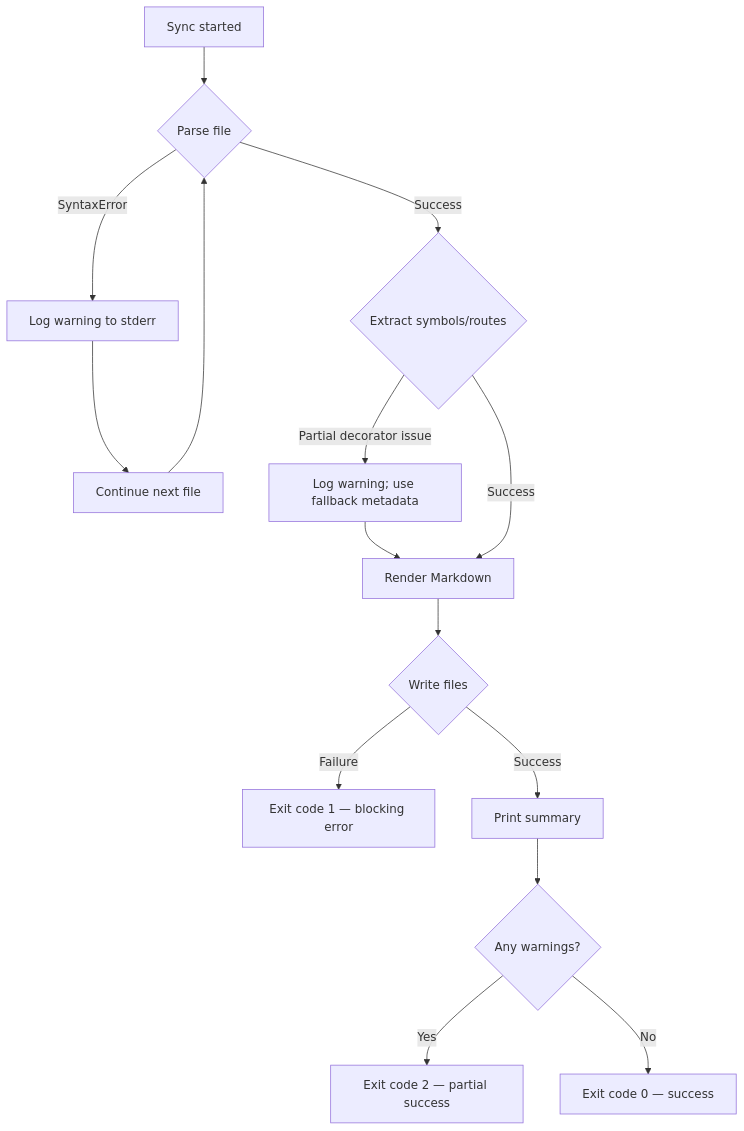
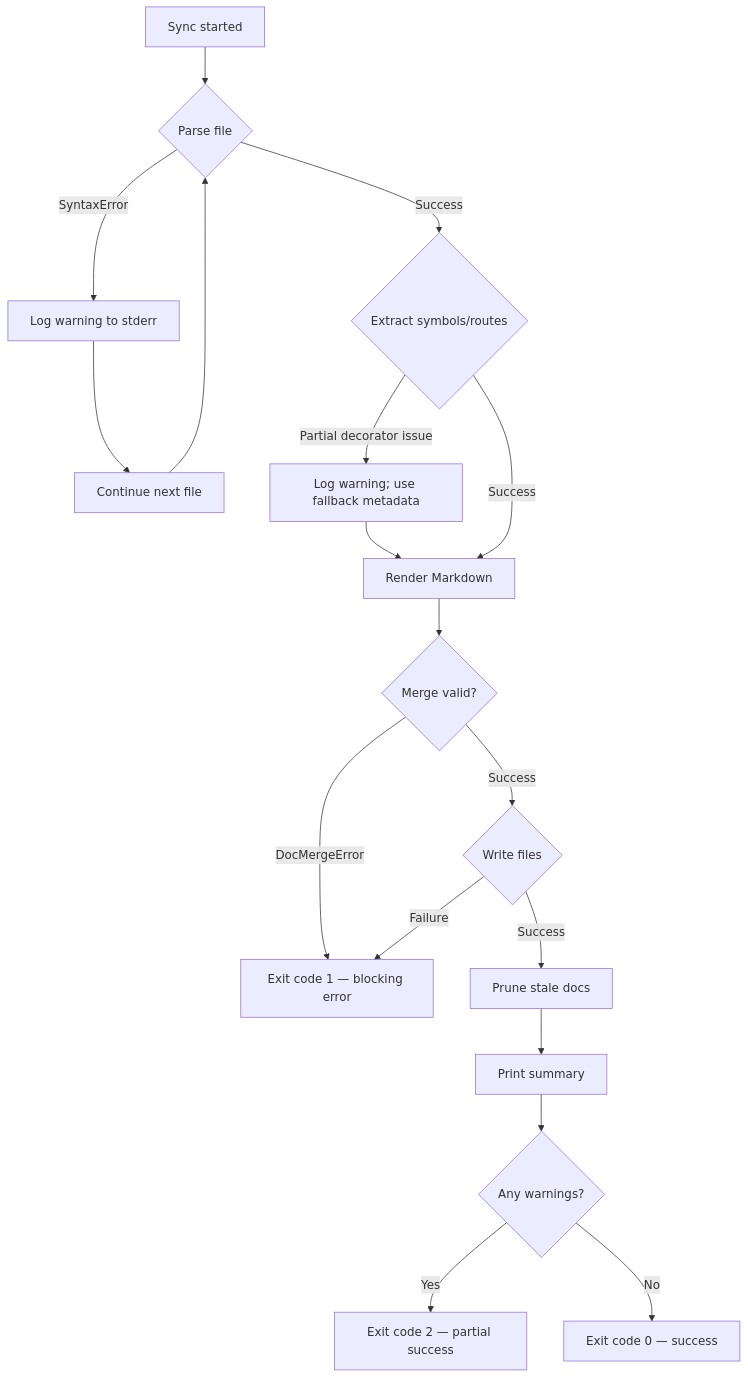
Before and after one commit to ruchikajoshi88-source/automated-doc-sync: the seventh of 7 diagrams in architecture.md, drawn with Mermaid. The commit also changed other lines of this file and 1 other file, not shown here.

Commit message:
docs: complete design review and update architecture

````diff
--- a/architecture.md
+++ b/architecture.md
@@ -509,17 +534,20 @@
 ```mermaid
 flowchart TD
     Start["Sync started"] --> ParseFile{"Parse file"}
     ParseFile -->|SyntaxError| Warn["Log warning to stderr"]
     Warn --> Continue["Continue next file"]
     ParseFile -->|Success| Extract{"Extract symbols/routes"}
     Extract -->|Partial decorator issue| Warn2["Log warning; use fallback metadata"]
     Warn2 --> Render
     Extract -->|Success| Render["Render Markdown"]
     Continue --> ParseFile
-    Render --> Write{"Write files"}
-    Write -->|Failure| Block["Exit code 1 — blocking error"]
-    Write -->|Success| Summary["Print summary"]
+    Render --> MergeCheck{"Merge valid?"}
+    MergeCheck -->|DocMergeError| Block["Exit code 1 — blocking error"]
+    MergeCheck -->|Success| Write{"Write files"}
+    Write -->|Failure| Block
+    Write -->|Success| Prune["Prune stale docs"]
+    Prune --> Summary["Print summary"]
     Summary --> HasWarnings{"Any warnings?"}
     HasWarnings -->|Yes| Exit2["Exit code 2 — partial success"]
     HasWarnings -->|No| Exit0["Exit code 0 — success"]
 ```
````
